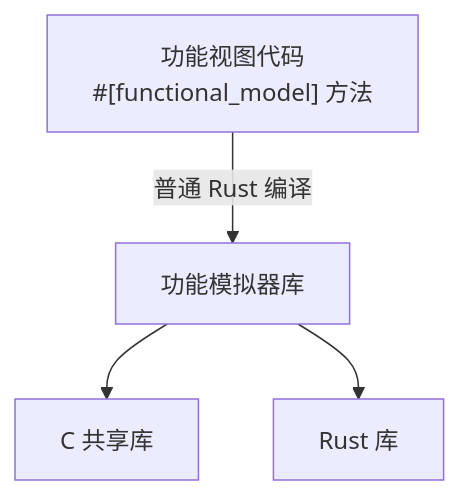
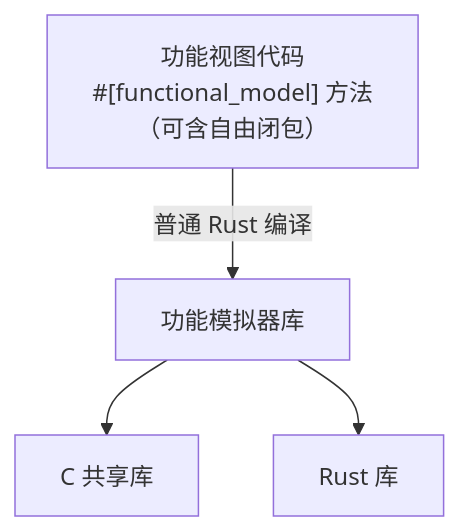
Before and after one commit to TangCan/bitloom: the ninth of 19 diagrams in docs/requirements/13. 工具链与后端.md, drawn with Mermaid. The commit also changed other lines of this file and 17 other files, not shown here.

````diff
--- a/docs/requirements/13. 工具链与后端.md
+++ b/docs/requirements/13. 工具链与后端.md
@@ -297,7 +300,6 @@
 ```mermaid
 flowchart TB
-    FuncSrc["功能视图代码<br>#[functional_model] 方法"] -->|普通 Rust 编译| FuncLib[功能模拟器库]
+    FuncSrc["功能视图代码<br>#[functional_model] 方法<br>（可含自由闭包）"] -->|普通 Rust 编译| FuncLib[功能模拟器库]
     FuncLib --> CAPI[C 共享库]
     FuncLib --> RustAPI[Rust 库]
-
 ```
````
